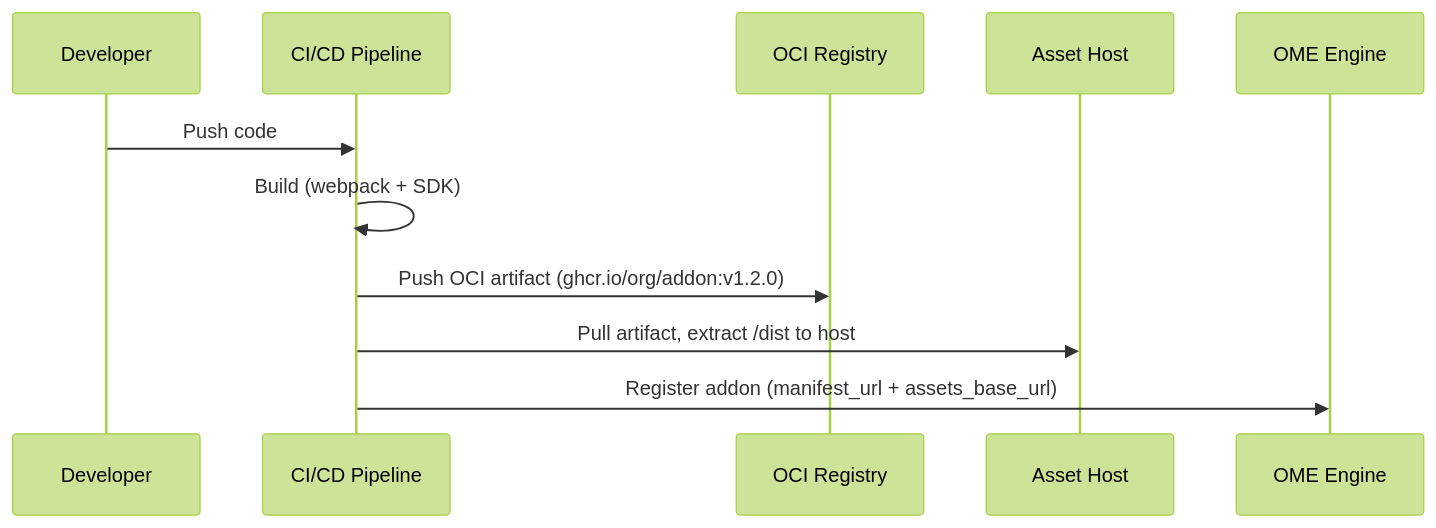
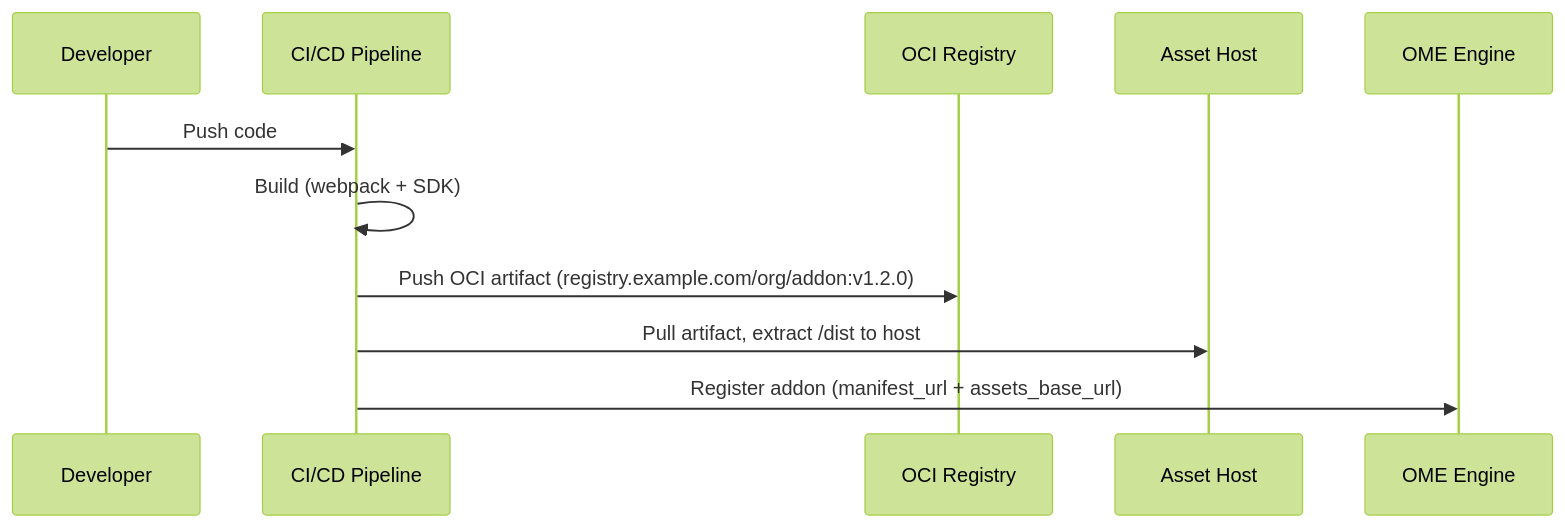
One commit to fleetshift/fleetshift-poc changed the fifth of 11 diagrams in docs/design/addon-ui-architecture.md. Above: the diagram before and after it, drawn with Mermaid (forest theme). The commit also changed other lines of this file and 8 other files, not shown here.

````diff
--- a/docs/design/addon-ui-architecture.md
+++ b/docs/design/addon-ui-architecture.md
@@ -397,14 +397,14 @@
 ```mermaid
 sequenceDiagram
     participant Dev as Developer
     participant CI as CI/CD Pipeline
     participant Registry as OCI Registry
     participant Host as Asset Host
     participant Engine as OME Engine
 
     Dev->>CI: Push code
     CI->>CI: Build (webpack + SDK)
-    CI->>Registry: Push OCI artifact (ghcr.io/org/addon:v1.2.0)
+    CI->>Registry: Push OCI artifact (registry.example.com/org/addon:v1.2.0)
     CI->>Host: Pull artifact, extract /dist to host
     CI->>Engine: Register addon (manifest_url + assets_base_url)
 ```
````
